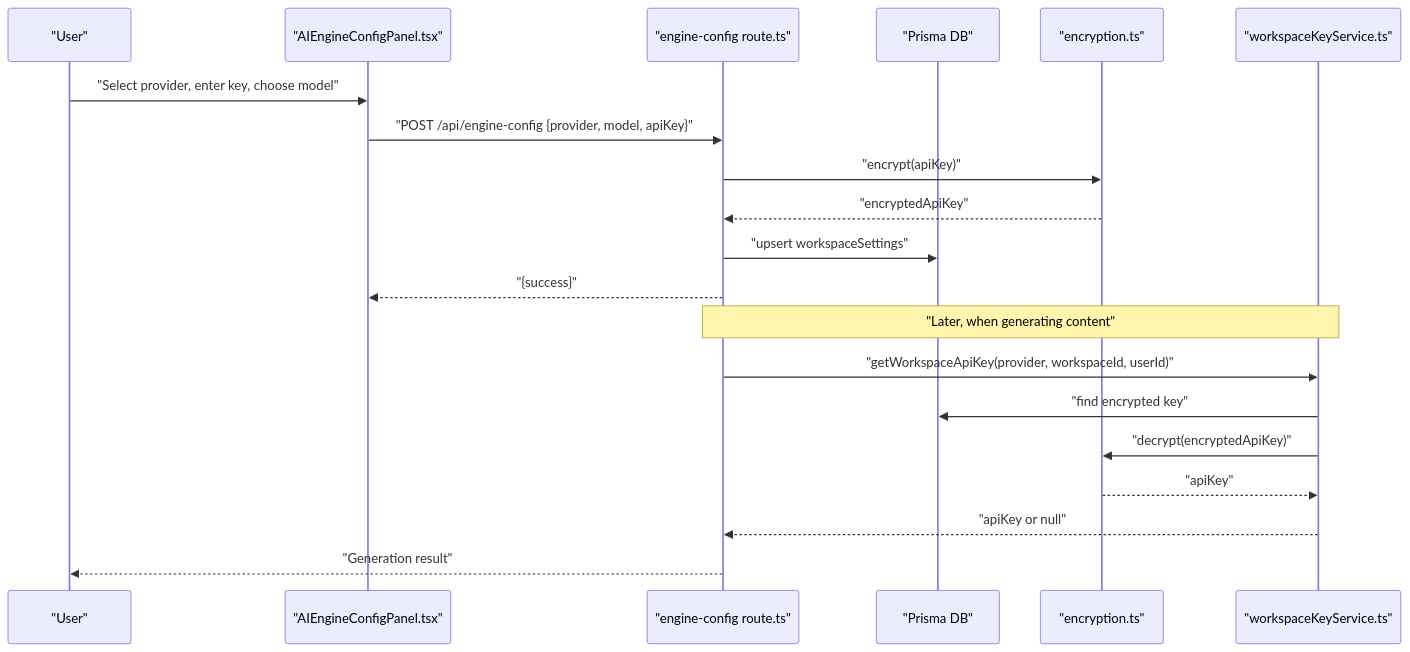
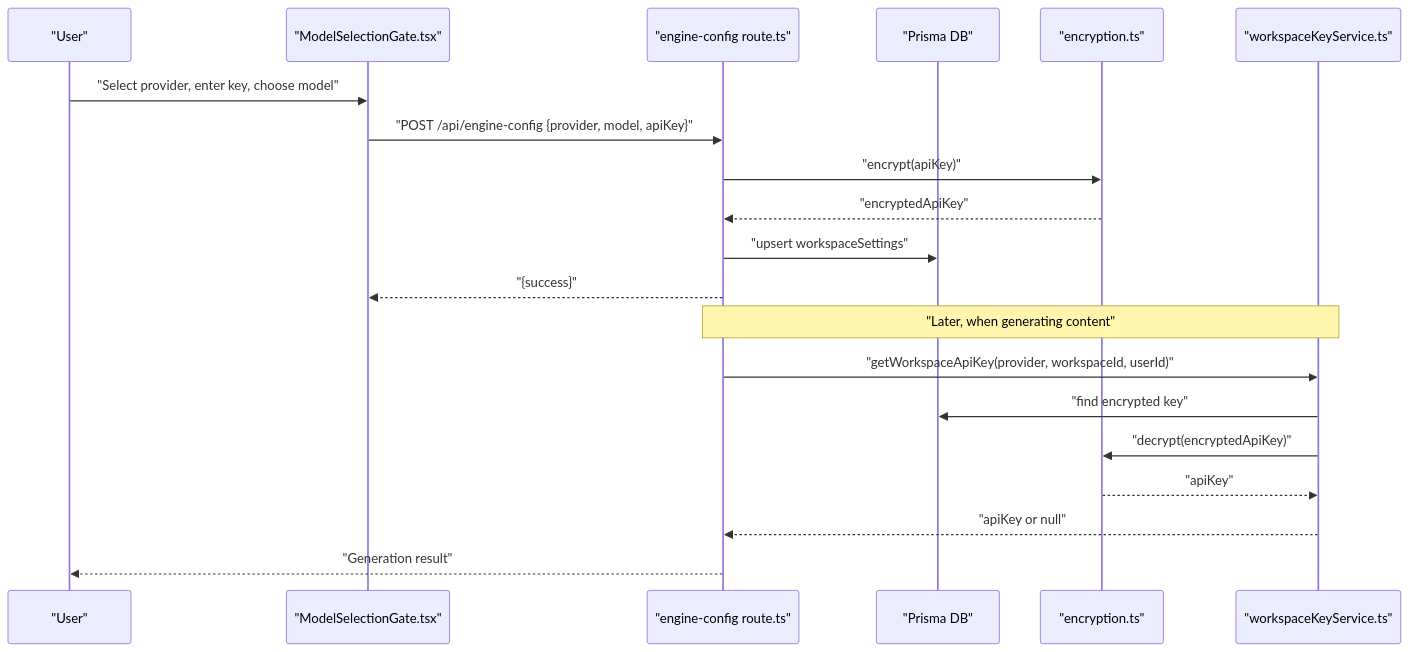
One commit to shekhargiri005-dotcom/AI-powered-accessibility-first-UI-engine changed the second of 8 diagrams in .qoder/repowiki/en/content/AI Generation Engine/AI Provider Adapters/Configuration & Authentication Management.md. Above: the diagram before and after it, drawn with Mermaid. The commit also changed other lines of this file and 10 other files, not shown here.

````diff
--- a/.qoder/repowiki/en/content/AI Generation Engine/AI Provider Adapters/Configuration & Authentication Management.md
+++ b/.qoder/repowiki/en/content/AI Generation Engine/AI Provider Adapters/Configuration & Authentication Management.md
@@ -82,22 +94,22 @@
 ```mermaid
 sequenceDiagram
 participant User as "User"
-participant UI as "AIEngineConfigPanel.tsx"
+participant UI as "ModelSelectionGate.tsx"
 participant API as "engine-config route.ts"
 participant DB as "Prisma DB"
 participant ENC as "encryption.ts"
 participant WKS as "workspaceKeyService.ts"
 User->>UI : "Select provider, enter key, choose model"
 UI->>API : "POST /api/engine-config {provider, model, apiKey}"
 API->>ENC : "encrypt(apiKey)"
 ENC-->>API : "encryptedApiKey"
 API->>DB : "upsert workspaceSettings"
 API-->>UI : "{success}"
 Note over API,WKS : "Later, when generating content"
 API->>WKS : "getWorkspaceApiKey(provider, workspaceId, userId)"
 WKS->>DB : "find encrypted key"
 WKS->>ENC : "decrypt(encryptedApiKey)"
 ENC-->>WKS : "apiKey"
 WKS-->>API : "apiKey or null"
 API-->>User : "Generation result"
 ```
````
